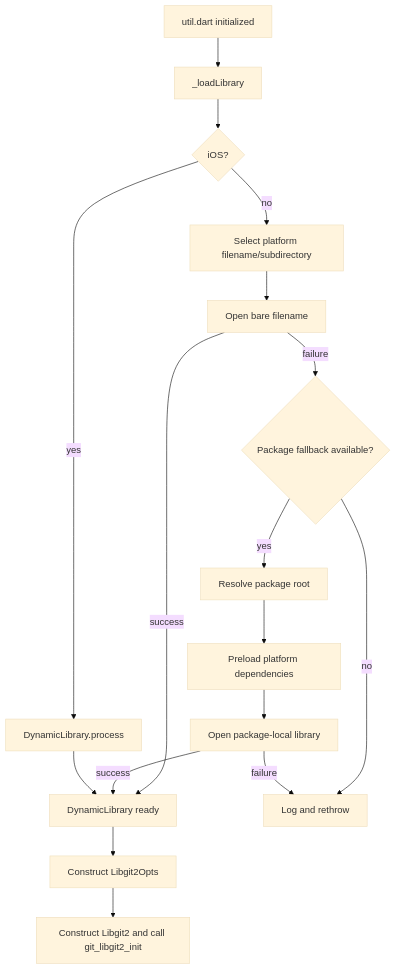
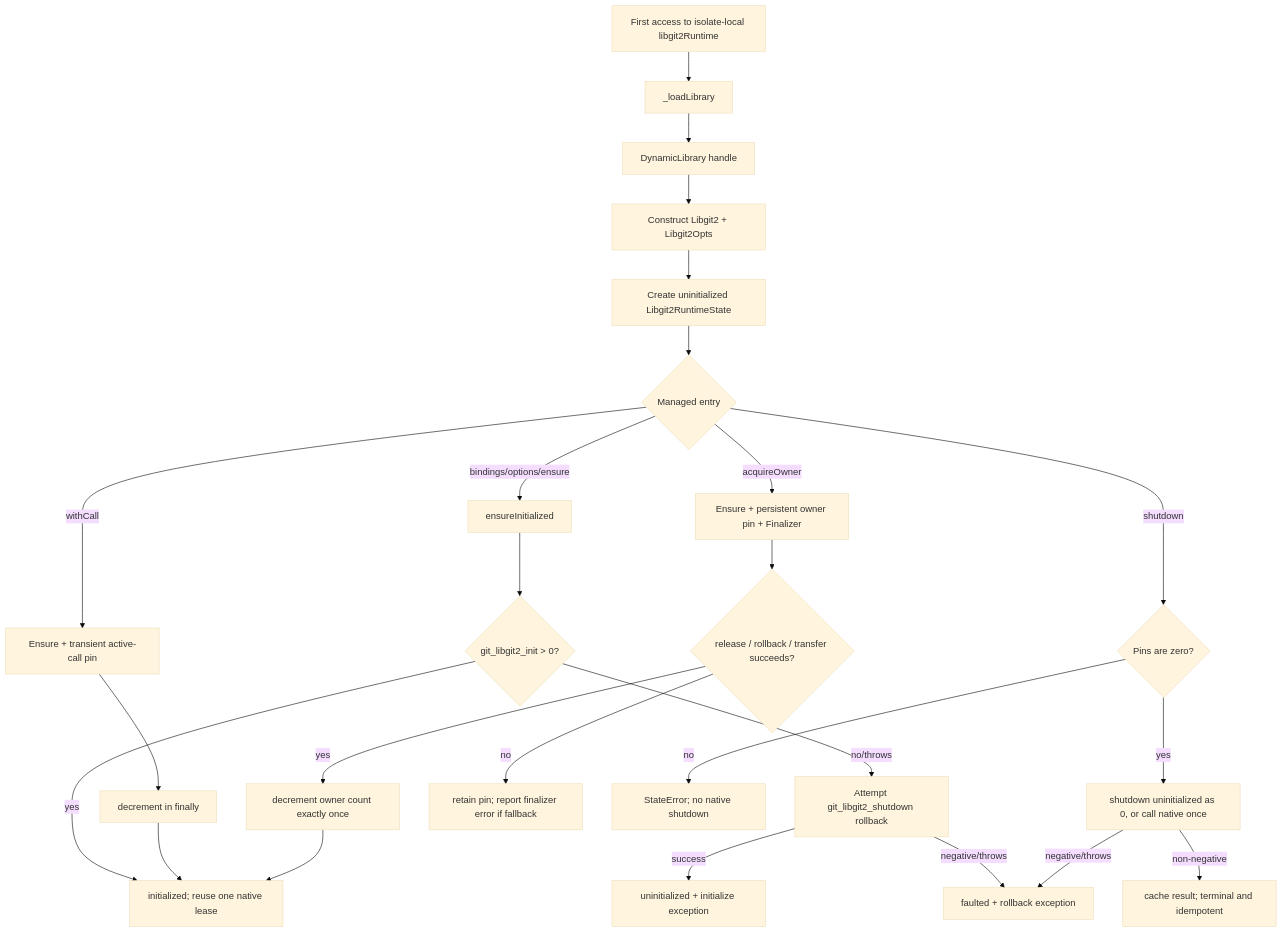
One commit to DartGit-dev/git2dart_binaries changed the diagram in .reversa/_reversa_sdd/flowcharts/native-loader-lifecycle.md. Above: the diagram before and after it, drawn with Mermaid (base theme). The commit also changed other lines of this file and 250 other files, not shown here.

````diff
--- a/.reversa/_reversa_sdd/flowcharts/native-loader-lifecycle.md
+++ b/.reversa/_reversa_sdd/flowcharts/native-loader-lifecycle.md
@@ -3,19 +3,29 @@
 ```mermaid
 flowchart TD
-  Import["util.dart initialized"] --> Load["_loadLibrary"]
-  Load --> IOS{"iOS?"}
-  IOS -- yes --> Process["DynamicLibrary.process"]
-  IOS -- no --> Target["Select platform filename/subdirectory"]
-  Target --> First["Open bare filename"]
-  First -->|success| Ready["DynamicLibrary ready"]
-  First -->|failure| Fallback{"Package fallback available?"}
-  Fallback -- no --> Rethrow["Log and rethrow"]
-  Fallback -- yes --> Root["Resolve package root"]
-  Root --> Deps["Preload platform dependencies"]
-  Deps --> Second["Open package-local library"]
-  Second -->|failure| Rethrow
-  Second -->|success| Ready
-  Process --> Ready
-  Ready --> Options["Construct Libgit2Opts"]
-  Options --> Init["Construct Libgit2 and call git_libgit2_init"]
+  Access["First access to isolate-local libgit2Runtime"] --> Load["_loadLibrary"]
+  Load --> Ready["DynamicLibrary handle"]
+  Ready --> Views["Construct Libgit2 + Libgit2Opts"]
+  Views --> State["Create uninitialized Libgit2RuntimeState"]
+
+  State --> Entry{"Managed entry"}
+  Entry -->|bindings/options/ensure| Ensure["ensureInitialized"]
+  Entry -->|withCall| Call["Ensure + transient active-call pin"]
+  Entry -->|acquireOwner| Owner["Ensure + persistent owner pin + Finalizer"]
+  Entry -->|shutdown| Shutdown{"Pins are zero?"}
+
+  Ensure --> Init{"git_libgit2_init > 0?"}
+  Init -- yes --> Initialized["initialized; reuse one native lease"]
+  Init -- no/throws --> Rollback["Attempt git_libgit2_shutdown rollback"]
+  Rollback -->|success| Retryable["uninitialized + initialize exception"]
+  Rollback -->|negative/throws| Faulted["faulted + rollback exception"]
+
+  Call --> Finally["decrement in finally"] --> Initialized
+  Owner --> Complete{"release / rollback / transfer succeeds?"}
+  Complete -- yes --> Unpin["decrement owner count exactly once"] --> Initialized
+  Complete -- no --> Pinned["retain pin; report finalizer error if fallback"]
+
+  Shutdown -- no --> Reject["StateError; no native shutdown"]
+  Shutdown -- yes --> NativeShutdown["shutdown uninitialized as 0, or call native once"]
+  NativeShutdown -->|non-negative| Terminated["cache result; terminal and idempotent"]
+  NativeShutdown -->|negative/throws| Faulted
 ```
````
